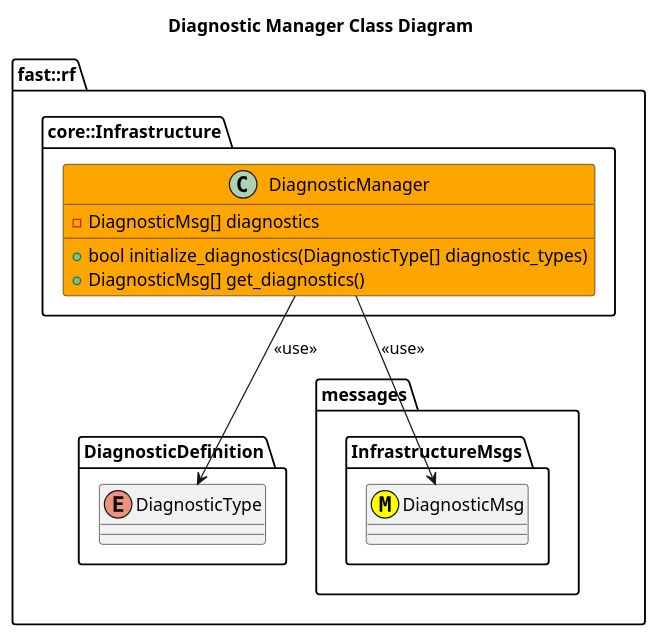
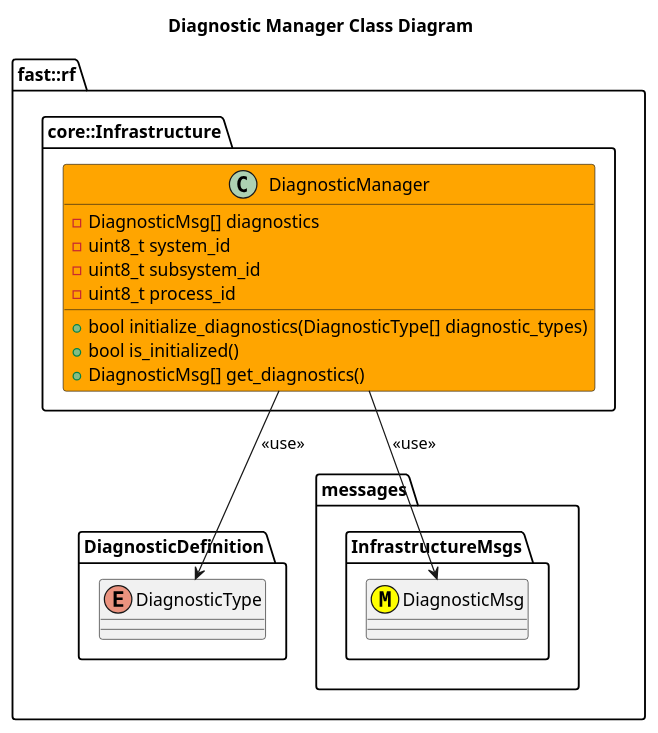
The diagram in include/Infrastructure/DiagnosticManager/doc/puml/DiagnosticManagerClassDiagram.puml (fastrobotics/robot_framework), drawn with PlantUML before and after one commit. The commit also changed 10 other files, not shown here.

```diff
--- a/include/Infrastructure/DiagnosticManager/doc/puml/DiagnosticManagerClassDiagram.puml
+++ b/include/Infrastructure/DiagnosticManager/doc/puml/DiagnosticManagerClassDiagram.puml
@@ -1,22 +1,26 @@
 @startuml
 title Diagnostic Manager Class Diagram
 namespace fast::rf {
     namespace DiagnosticDefinition {
         enum DiagnosticType
     }
     namespace messages {
         namespace InfrastructureMsgs {
             class DiagnosticMsg <<(M,#FFFF00)>>
         }
     }
     namespace core::Infrastructure {
         class DiagnosticManager #Orange {
             +bool initialize_diagnostics(DiagnosticType[] diagnostic_types)
+            +bool is_initialized()
             +DiagnosticMsg[] get_diagnostics()
             -DiagnosticMsg[] diagnostics
+            -uint8_t system_id
+            -uint8_t subsystem_id
+            -uint8_t process_id
         }
         DiagnosticManager --> DiagnosticMsg: <<use>>
         DiagnosticManager --> DiagnosticType: <<use>>
     }
 }
 @enduml
```
